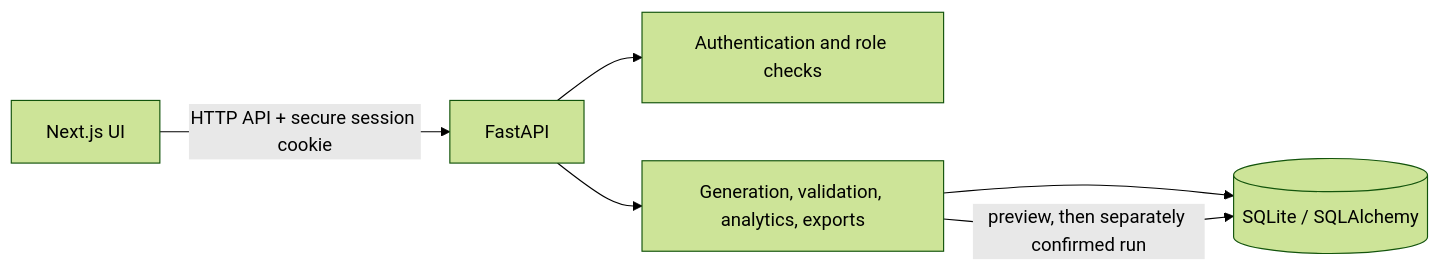
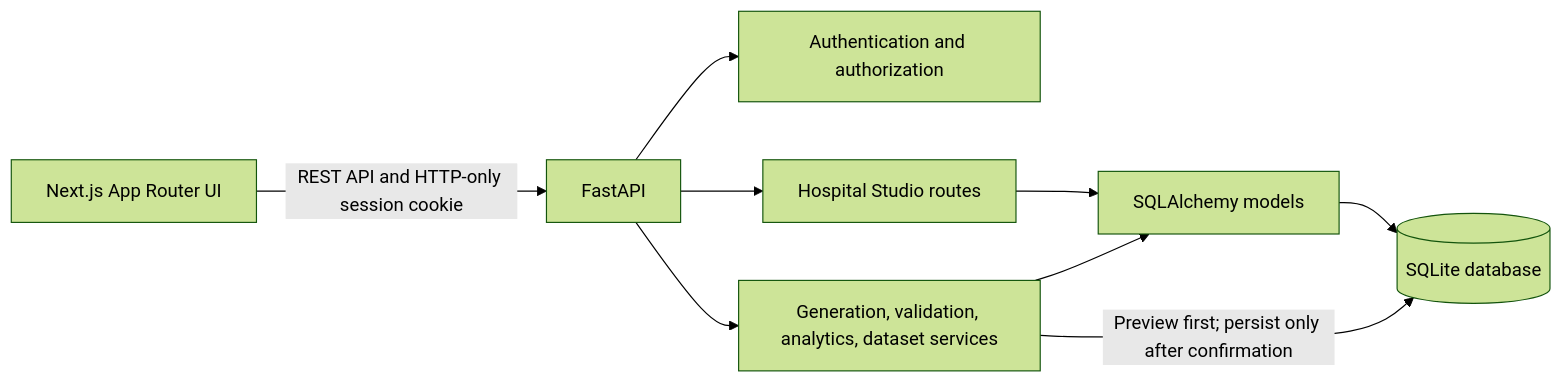
The diagram in README.md (humaira-tasneem/bedsynth-ai), drawn with Mermaid (forest theme) before and after one commit. The commit also changed other lines of this file and 1 other file, not shown here.

````diff
--- a/README.md
+++ b/README.md
@@ -48,8 +52,11 @@
 ```mermaid
 flowchart LR
-  Browser[Next.js UI] -->|HTTP API + secure session cookie| API[FastAPI]
-  API --> Auth[Authentication and role checks]
-  API --> Services[Generation, validation, analytics, exports]
-  Services --> DB[(SQLite / SQLAlchemy)]
-  Services -->|preview, then separately confirmed run| DB
+    Browser[Next.js App Router UI] -->|REST API and HTTP-only session cookie| API[FastAPI]
+    API --> Auth[Authentication and authorization]
+    API --> Hospital[Hospital Studio routes]
+    API --> Operations[Generation, validation, analytics, dataset services]
+    Hospital --> ORM[SQLAlchemy models]
+    Operations --> ORM
+    ORM --> DB[(SQLite database)]
+    Operations -->|Preview first; persist only after confirmation| DB
 ```
````
